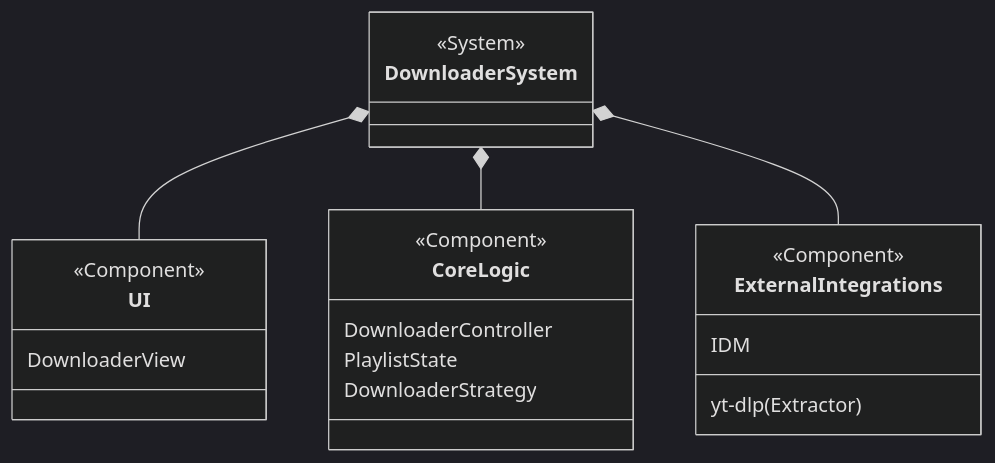
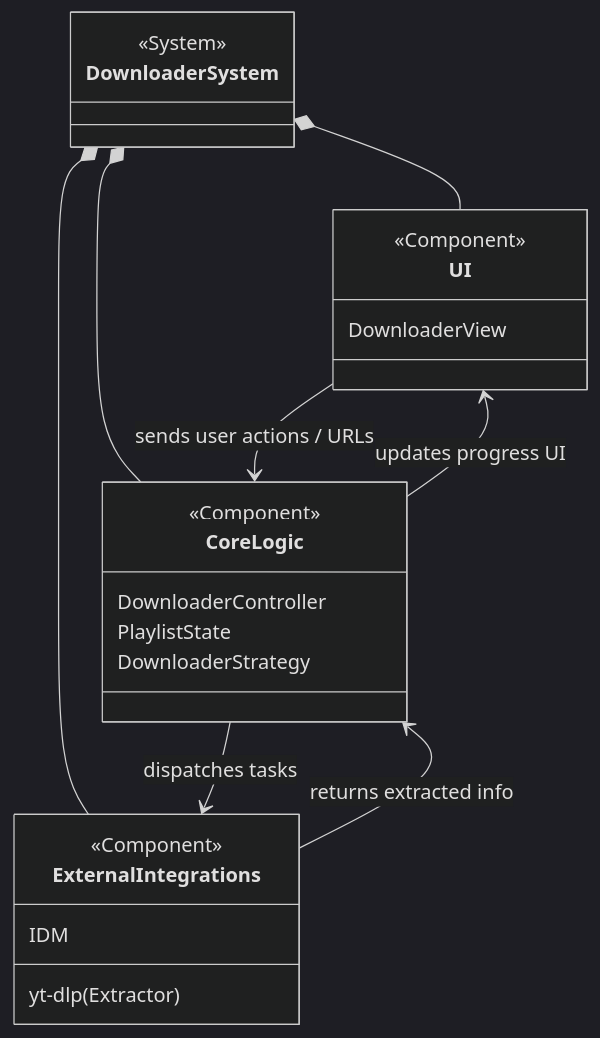
One commit to techdeveloper-org/youtube-playlist-downloader changed the diagram in docs/uml/composite_diagram.md. Above: the diagram before and after it, drawn with Mermaid (dark theme). The commit also changed other lines of this file and 1 other file, not shown here.

Commit message:
docs: add internal connectors to composite diagram and legend/metrics to timing diagram

````diff
--- a/docs/uml/composite_diagram.md
+++ b/docs/uml/composite_diagram.md
@@ -1,24 +1,32 @@
 ```mermaid
 classDiagram
     class DownloaderSystem {
         <<System>>
     }
     class UI {
         <<Component>>
         DownloaderView
     }
     class CoreLogic {
         <<Component>>
         DownloaderController
         PlaylistState
         DownloaderStrategy
     }
     class ExternalIntegrations {
         <<Component>>
         yt-dlp (Extractor)
         IDM
     }
+    
+    %% Composition links
     DownloaderSystem *-- UI
     DownloaderSystem *-- CoreLogic
     DownloaderSystem *-- ExternalIntegrations
+    
+    %% Explicit Internal Connectors (Delegation/Data Flow)
+    UI --> CoreLogic : sends user actions / URLs
+    CoreLogic --> UI : updates progress UI
+    CoreLogic --> ExternalIntegrations : dispatches tasks
+    ExternalIntegrations --> CoreLogic : returns extracted info
 ```
````
